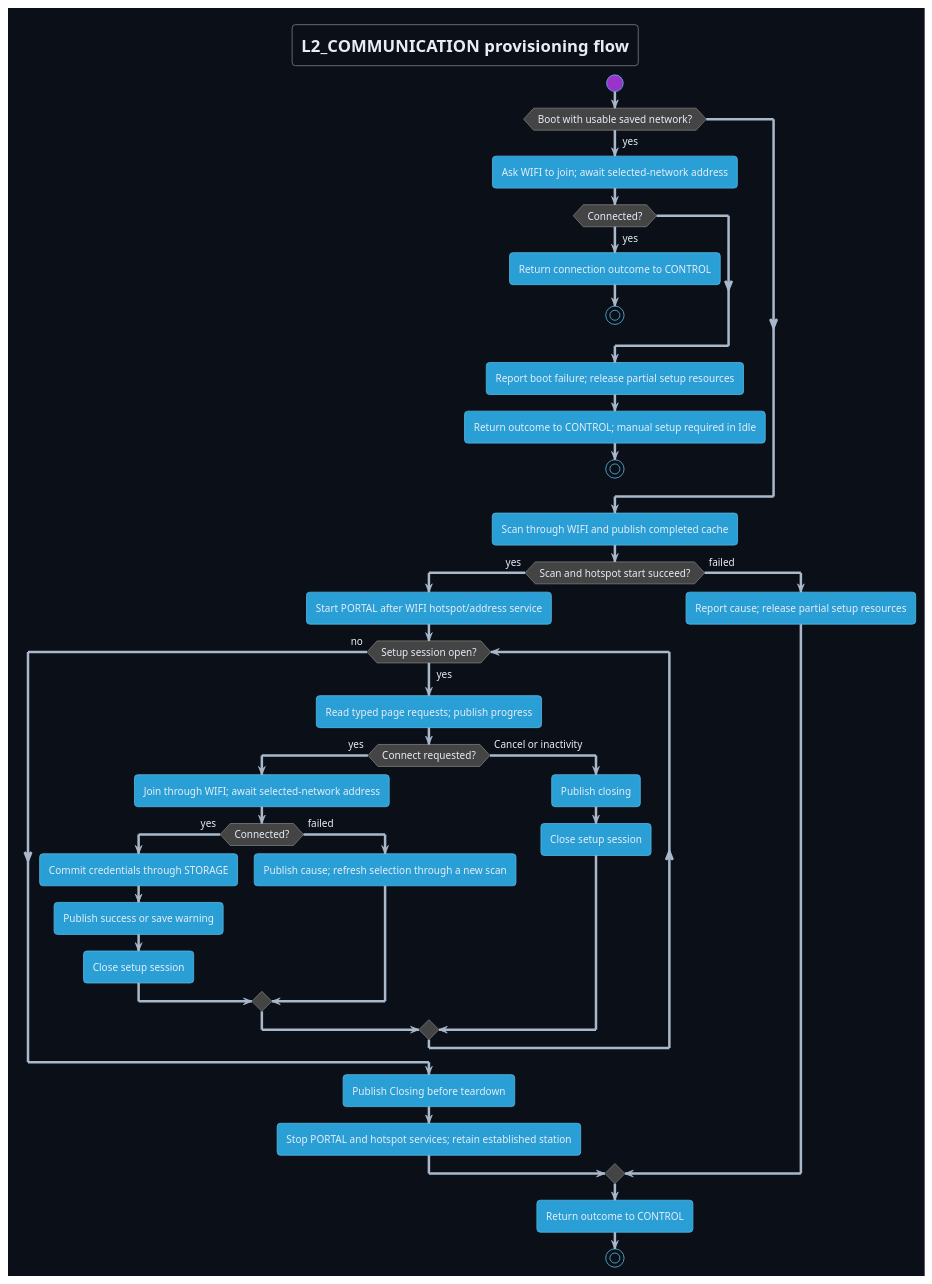
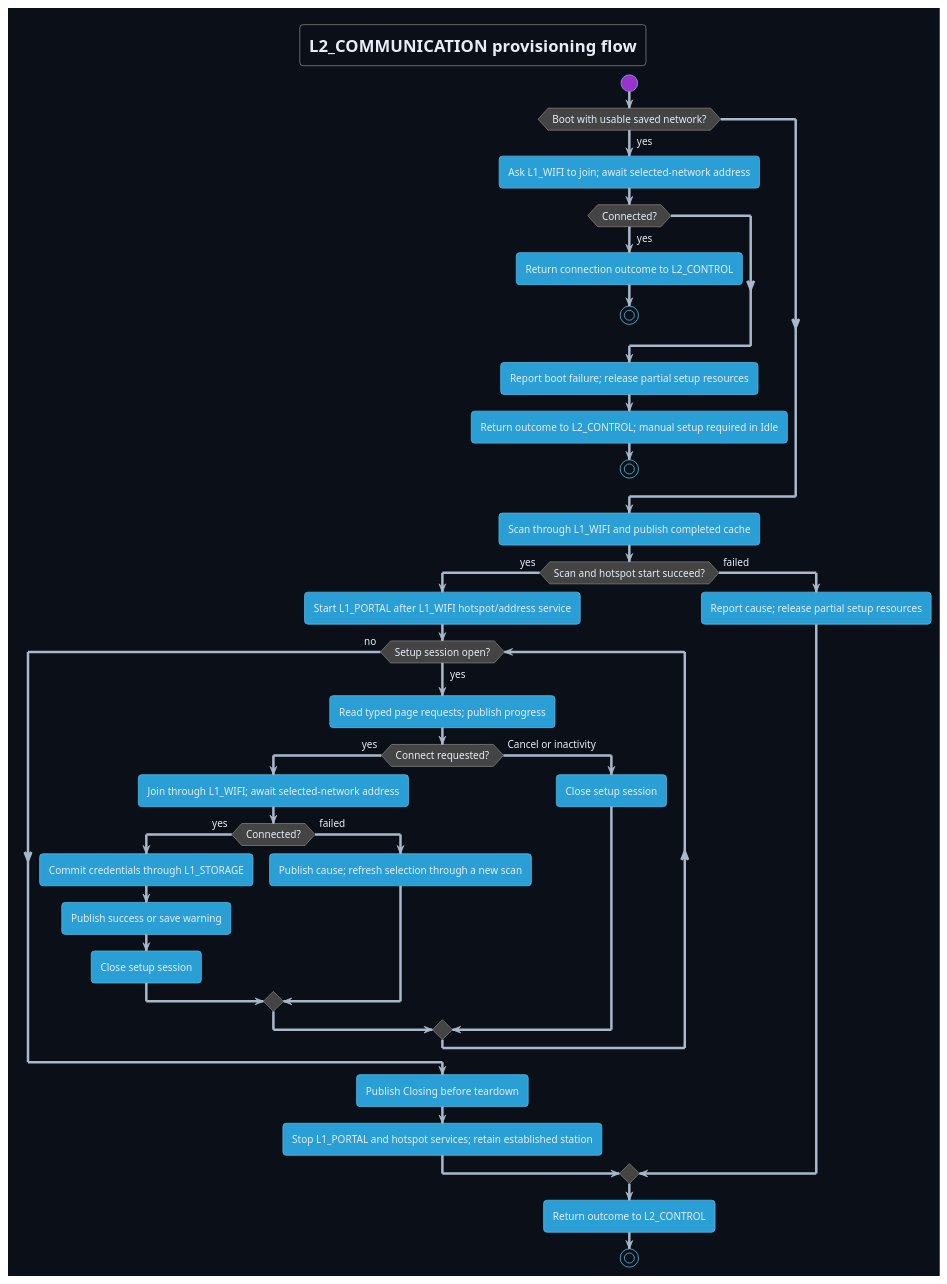
One commit to DemonicPsychoII/DigitalStethoscope changed the diagram in Development/system/architecture/COMMUNICATION/setup-flow.puml. Above: the diagram before and after it, drawn with PlantUML. The commit also changed 181 other files, not shown here.

First line of the commit message:
documentation: state only what is in architecture, design and code documents

```diff
--- a/Development/system/architecture/COMMUNICATION/setup-flow.puml
+++ b/Development/system/architecture/COMMUNICATION/setup-flow.puml
@@ -1,46 +1,45 @@
 @startuml setup_flow
 !theme cyborg
 skinparam shadowing false
 skinparam defaultFontName SansSerif
 skinparam backgroundColor #0b1018
 skinparam defaultFontColor #e6edf7
 skinparam ArrowColor #a9b8ca
 title L2_COMMUNICATION provisioning flow
 start
 if (Boot with usable saved network?) then (yes)
- :Ask WIFI to join; await selected-network address;
+ :Ask L1_WIFI to join; await selected-network address;
  if (Connected?) then (yes)
-  :Return connection outcome to CONTROL;
+  :Return connection outcome to L2_CONTROL;
   stop
  endif
  :Report boot failure; release partial setup resources;
- :Return outcome to CONTROL; manual setup required in Idle;
+ :Return outcome to L2_CONTROL; manual setup required in Idle;
  stop
 endif
-:Scan through WIFI and publish completed cache;
+:Scan through L1_WIFI and publish completed cache;
 if (Scan and hotspot start succeed?) then (yes)
- :Start PORTAL after WIFI hotspot/address service;
+ :Start L1_PORTAL after L1_WIFI hotspot/address service;
  while (Setup session open?) is (yes)
   :Read typed page requests; publish progress;
   if (Connect requested?) then (yes)
-   :Join through WIFI; await selected-network address;
+   :Join through L1_WIFI; await selected-network address;
    if (Connected?) then (yes)
-    :Commit credentials through STORAGE;
+    :Commit credentials through L1_STORAGE;
     :Publish success or save warning;
     :Close setup session;
    else (failed)
     :Publish cause; refresh selection through a new scan;
    endif
   else (Cancel or inactivity)
-   :Publish closing;
    :Close setup session;
   endif
  endwhile (no)
  :Publish Closing before teardown;
- :Stop PORTAL and hotspot services; retain established station;
+ :Stop L1_PORTAL and hotspot services; retain established station;
 else (failed)
  :Report cause; release partial setup resources;
 endif
-:Return outcome to CONTROL;
+:Return outcome to L2_CONTROL;
 stop
 @enduml
```
